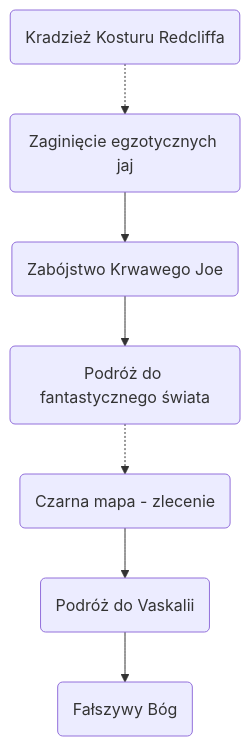
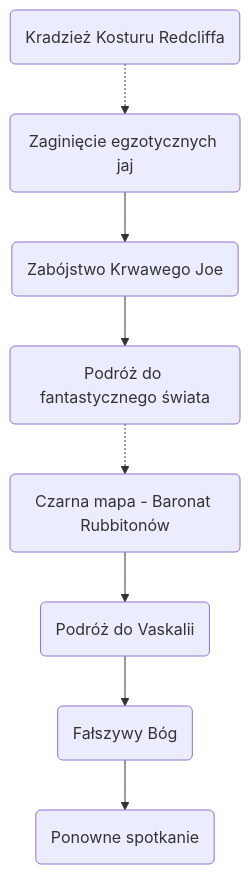
The third of 7 diagrams in content/Timeline.md (EnderASz/TheTwistedTales), drawn with Mermaid before and after one commit. The commit also changed other lines of this file and 13 other files, not shown here.

````diff
--- a/content/Timeline.md
+++ b/content/Timeline.md
@@ -23,25 +23,28 @@
 ```mermaid
 flowchart TB
 	Kostur(Kradzież Kosturu Redcliffa)
 	Jaja(Zaginięcie egzotycznych jaj)
 	Joe(Zabójstwo Krwawego Joe)
 	Fantastyczny(Podróż do fantastycznego świata)
-	Mapa(Czarna mapa - zlecenie)
+	Mapa(Czarna mapa - Baronat Rubbitonów)
 	Vaskala(Podróż do Vaskalii)
 	Fałszywy(Fałszywy Bóg)
+	Spotkanie(Ponowne spotkanie)
 
 	Kostur-.->Jaja
 	Jaja-->Joe
 	Joe-->Fantastyczny
 	Fantastyczny-.->Mapa
 	Mapa-->Vaskala
 	Vaskala-->Fałszywy
+	Fałszywy --> Spotkanie
 
 class Kostur internal-link;
 class Jaja internal-link; 
 class Joe internal-link;
 class Fantastyczny internal-link;
 class Mapa internal-link;
 class Vaskala internal-link;
 class Fałszywy internal-link;
+class Spotkanie internal-link;
 ```
````
